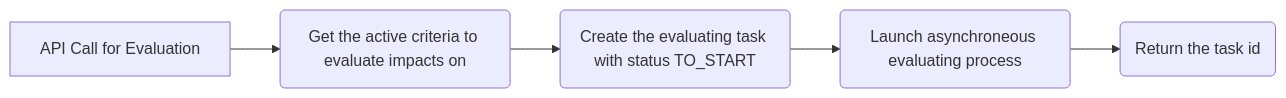
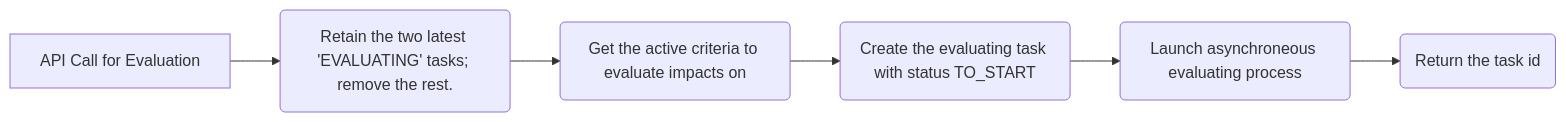
One commit to teamg4it/g4it changed the first of 3 diagrams in services/documentation/content/3-technical-documentation/4-backend_documentation/2-api_documentation/2-evaluation/api_evaluating_inventory.md. Above: the diagram before and after it, drawn with Mermaid. The commit also changed other lines of this file and 9 other files, not shown here.

Commit message:
fix(1287): create new task for each digital service evaluation

```diff
--- a/services/documentation/content/3-technical-documentation/4-backend_documentation/2-api_documentation/2-evaluation/api_evaluating_inventory.md
+++ b/services/documentation/content/3-technical-documentation/4-backend_documentation/2-api_documentation/2-evaluation/api_evaluating_inventory.md
@@ -24,8 +24,9 @@
 {{< mermaid align="center">}}
 
 flowchart LR
-A[API Call for Evaluation] --> B(Get the active criteria to evaluate impacts on)
-B --> C(Create the evaluating task with status TO_START)
-C --> D(Launch asynchroneous evaluating process)
-D --> E(Return the task id)
+A[API Call for Evaluation] --> B(Retain the two latest 'EVALUATING' tasks; remove the rest.)
+B --> C(Get the active criteria to evaluate impacts on)
+C --> D(Create the evaluating task with status TO_START)
+D --> E(Launch asynchroneous evaluating process)
+E --> F(Return the task id)
 {{</ mermaid >}}
```
